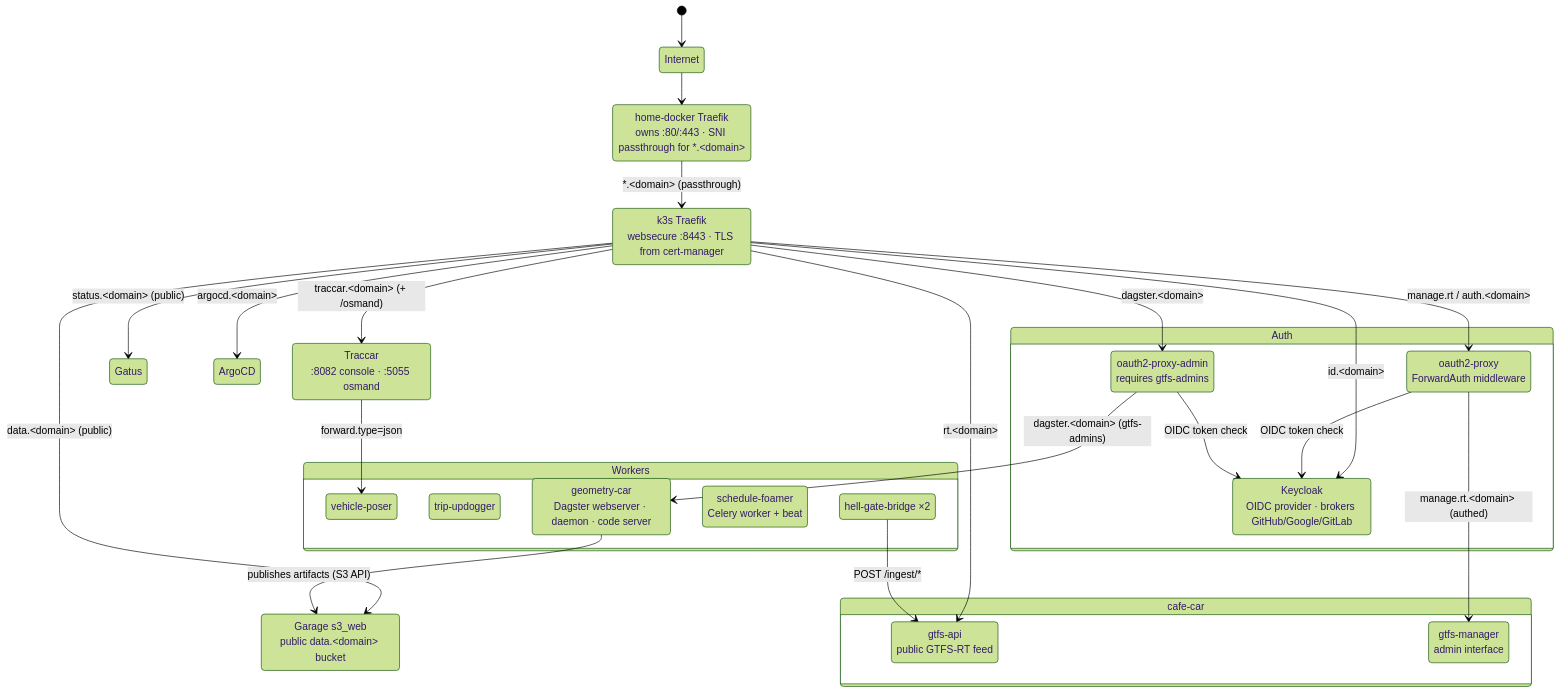
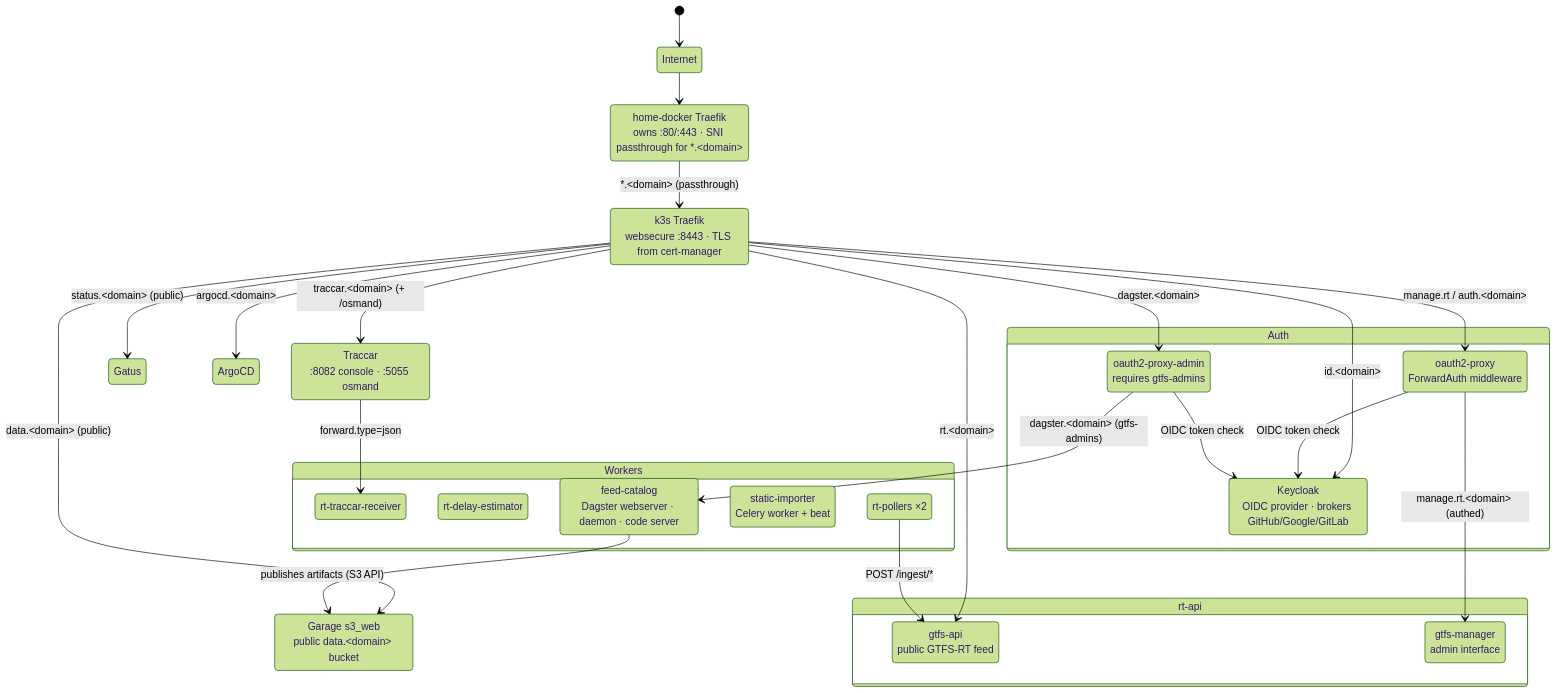
Before and after one commit to gtfs-zone/deploy-gtfs-rt: the fifth of 8 diagrams in README.md, drawn with Mermaid (forest theme). The commit also changed other lines of this file and 3 other files, not shown here.

````diff
--- a/README.md
+++ b/README.md
@@ -348,51 +348,51 @@
 ```mermaid
 stateDiagram-v2
     Internet : Internet
     edge : home-docker Traefik<br>owns :80/:443 · SNI passthrough for *.&ltdomain&gt
     tr : k3s Traefik<br>websecure :8443 · TLS from cert-manager
     tc : Traccar<br>:8082 console · :5055 osmand
     gt : Gatus
     ag : ArgoCD
     gw : Garage s3_web<br>public data.&ltdomain&gt bucket
 
     state "Auth" as auth {
         op : oauth2-proxy<br>ForwardAuth middleware
         opa : oauth2-proxy-admin<br>requires gtfs-admins
         kc : Keycloak<br>OIDC provider · brokers GitHub/Google/GitLab
     }
 
-    state "cafe-car" as application {
+    state "rt-api" as application {
         cp : gtfs-api<br>public GTFS-RT feed
         ca : gtfs-manager<br>admin interface
     }
 
     state "Workers" as workers {
-        vp : vehicle-poser
-        tu : trip-updogger
-        hgb : hell-gate-bridge ×2
-        sf : schedule-foamer<br>Celery worker + beat
-        gc : geometry-car<br>Dagster webserver · daemon · code server
+        vp : rt-traccar-receiver
+        tu : rt-delay-estimator
+        hgb : rt-pollers ×2
+        sf : static-importer<br>Celery worker + beat
+        gc : feed-catalog<br>Dagster webserver · daemon · code server
     }
 
     [*] --> Internet
     Internet --> edge
     edge --> tr : *.&ltdomain&gt (passthrough)
 
     tr --> cp : rt.&ltdomain&gt
     tr --> op : manage.rt / auth.&ltdomain&gt
     tr --> kc : id.&ltdomain&gt
     tr --> tc : traccar.&ltdomain&gt (+ /osmand)
     tr --> gt : status.&ltdomain&gt (public)
     tr --> ag : argocd.&ltdomain&gt
     tr --> gw : data.&ltdomain&gt (public)
     tr --> opa : dagster.&ltdomain&gt
 
     op --> ca : manage.rt.&ltdomain&gt (authed)
     op --> kc : OIDC token check
     opa --> gc : dagster.&ltdomain&gt (gtfs-admins)
     opa --> kc : OIDC token check
     gc --> gw : publishes artifacts (S3 API)
 
     tc --> vp : forward.type=json
     hgb --> cp : POST /ingest/*
 ```
````
